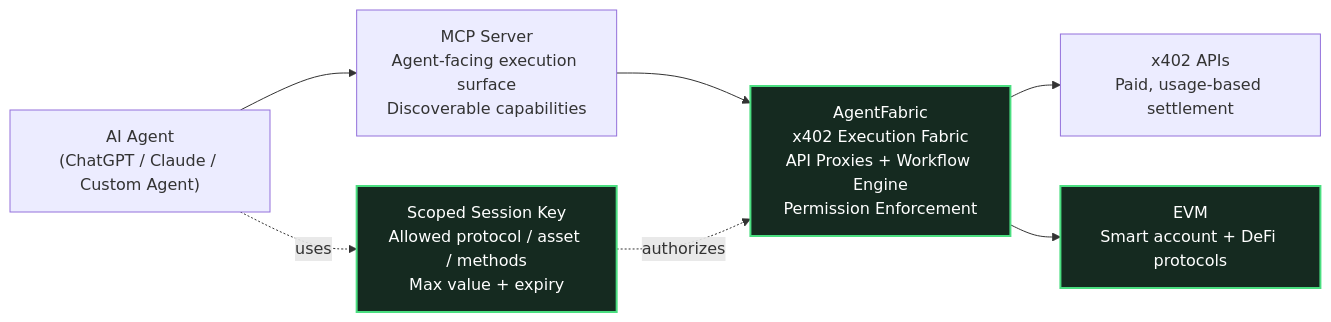
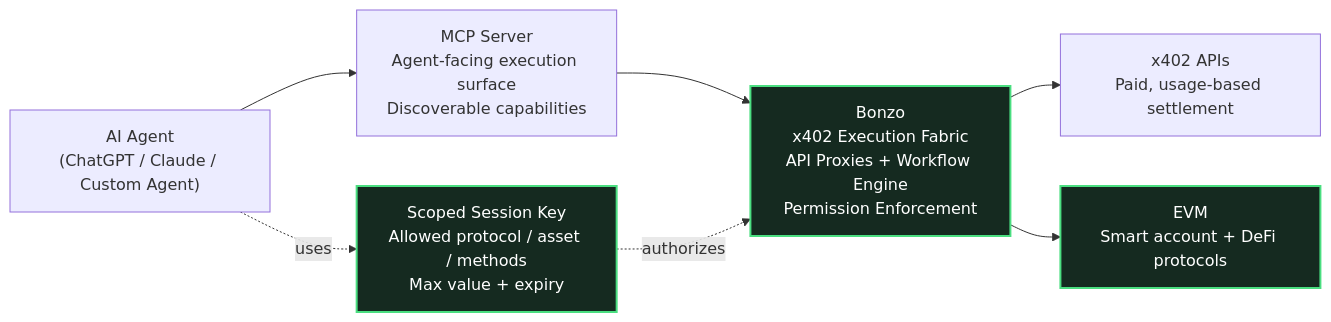
Before and after one commit to hoepeyemi/bonzo: the fourth of 4 diagrams in README.md, drawn with Mermaid. The commit also changed other lines of this file and 32 other files, not shown here.

Commit message:
contract redeployed & workflow is now a real execution

````diff
--- a/README.md
+++ b/README.md
@@ -171,13 +171,13 @@
 ```mermaid
 flowchart LR
   AG["AI Agent\n(ChatGPT / Claude / Custom Agent)"] --> MCP["MCP Server\nAgent-facing execution surface\nDiscoverable capabilities"]
-  MCP --> AF["AgentFabric\nx402 Execution Fabric\nAPI Proxies + Workflow Engine\nPermission Enforcement"]:::good
+  MCP --> AF["Bonzo\nx402 Execution Fabric\nAPI Proxies + Workflow Engine\nPermission Enforcement"]:::good
   AF --> X402["x402 APIs\nPaid, usage-based settlement"]
   AF --> CR["EVM\nSmart account + DeFi protocols"]:::good
 
   SK["Scoped Session Key\nAllowed protocol / asset / methods\nMax value + expiry"]:::good
   AG -. uses .-> SK
   SK -. authorizes .-> AF
 
   classDef good fill:#152a20,stroke:#4ade80,stroke-width:2px,color:#ffffff;
 ```
````
